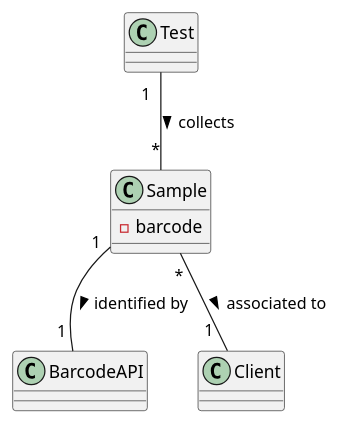
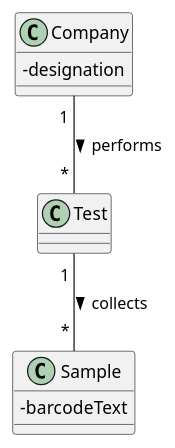
One commit to MadDinosaur/ISEP-LAPR2 changed the diagram in docs/SprintC/US5/US5_DM.puml. Above: the diagram before and after it, drawn with PlantUML. The commit also changed 4 other files, not shown here.

```diff
--- a/docs/SprintC/US5/US5_DM.puml
+++ b/docs/SprintC/US5/US5_DM.puml
@@ -1,14 +1,16 @@
 @startuml
 
+skinparam classAttributeIconSize 0
+
+class Company {
+-designation
+}
 class Sample {
--barcode
+-barcodeText
 }
-class BarcodeAPI
-class Client
 class Test
 
-Sample "1"--"1 " BarcodeAPI : identified by >
-Sample "*"--"1  " Client : associated to >
-Test "1  "--"*" Sample : collects >
+Company " 1 "--" * " Test : performs >
+Test "1 "--" * " Sample : collects >
 
 @enduml
```
